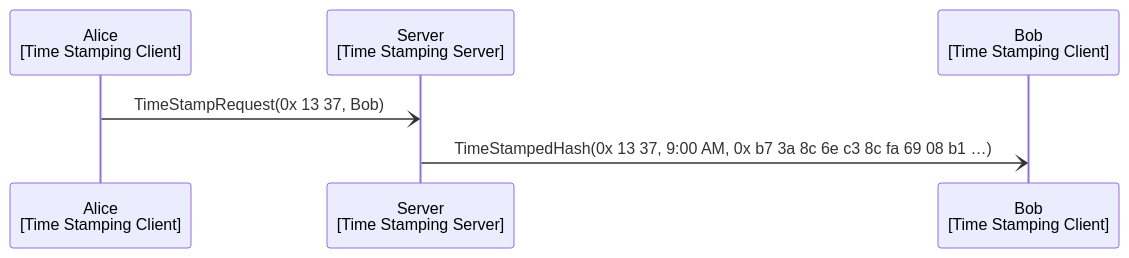
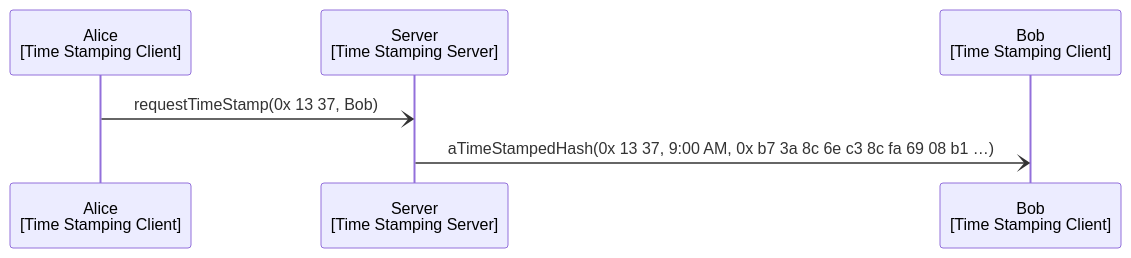
The diagram in docs/node_architecture/engines/timestamper_overview.md (anoma/nspec), drawn with Mermaid before and after one commit. The commit also changed 2 other files, not shown here.

Commit message:
wip (but buggy juvix)

````diff
--- a/docs/node_architecture/engines/timestamper_overview.md
+++ b/docs/node_architecture/engines/timestamper_overview.md
@@ -39,9 +39,9 @@
 ```mermaid
 sequenceDiagram
     participant Alice as Alice <br> [Time Stamping Client]
     participant Server as Server <br> [Time Stamping Server]
     participant Bob as Bob <br> [Time Stamping Client]
 
-    Alice-)Server: TimeStampRequest(0x 13 37, Bob)
-    Server-)Bob: TimeStampedHash(0x 13 37, 9:00 AM, 0x b7 3a 8c 6e c3 8c fa 69 08 b1 …)
+    Alice-)Server: requestTimeStamp(0x 13 37, Bob)
+    Server-)Bob: aTimeStampedHash(0x 13 37, 9:00 AM, 0x b7 3a 8c 6e c3 8c fa 69 08 b1 …)
 ```
````
